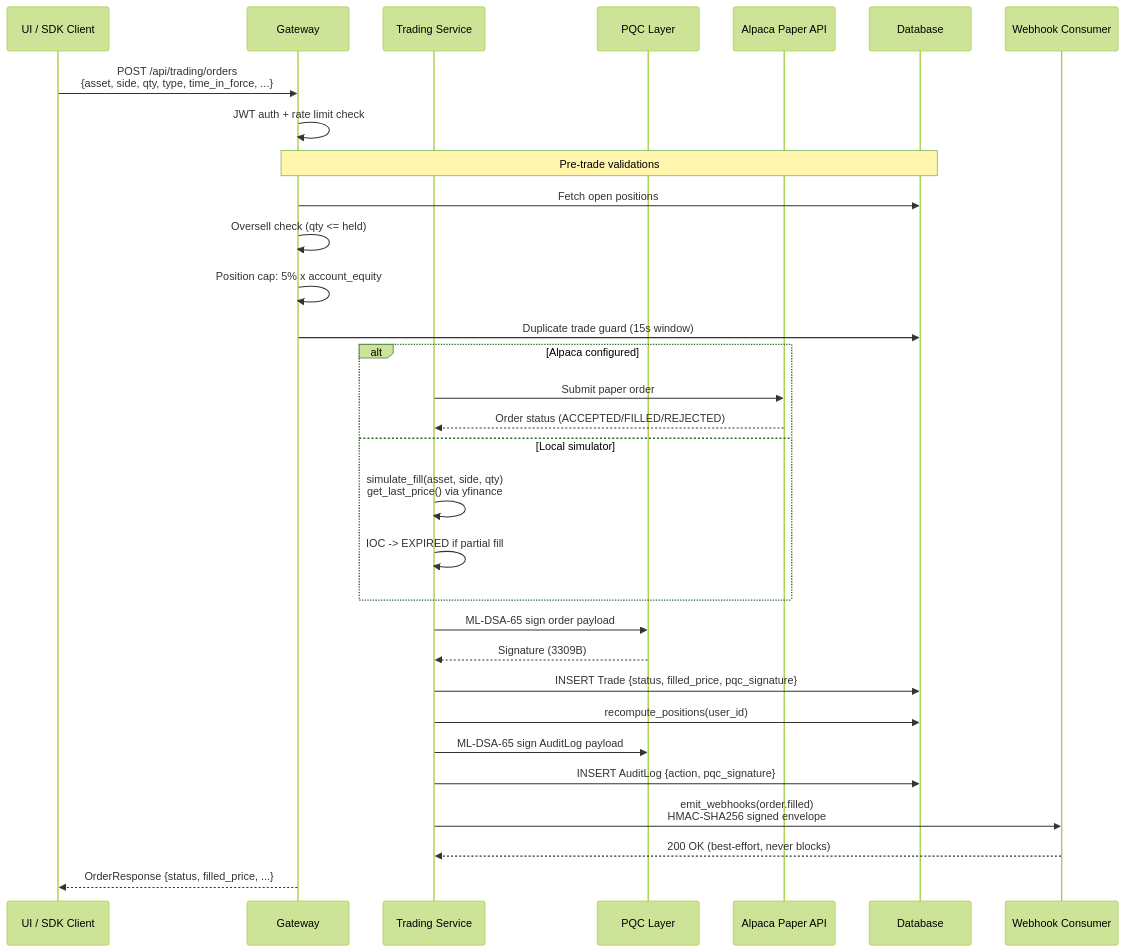
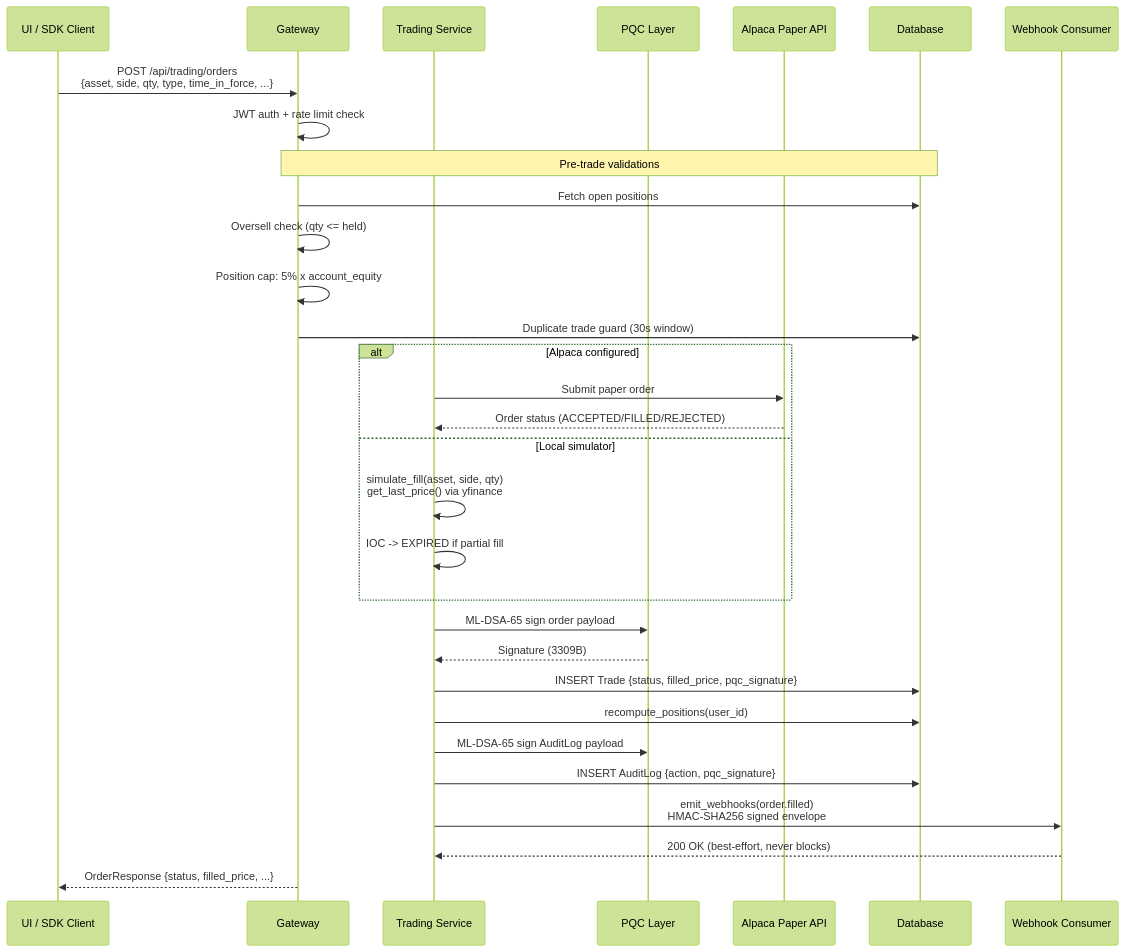
Before and after one commit to BugHunterX2101/quantumsentinel-web: the third of 6 diagrams in README.md, drawn with Mermaid (forest theme). The commit also changed other lines of this file and 3 other files, not shown here.

````diff
--- a/README.md
+++ b/README.md
@@ -173,40 +177,40 @@
 ```mermaid
 sequenceDiagram
     participant UI as UI / SDK Client
     participant GW as Gateway
     participant TS as Trading Service
     participant PQC as PQC Layer
     participant ALP as Alpaca Paper API
     participant DB as Database
     participant WH as Webhook Consumer
 
     UI->>GW: POST /api/trading/orders<br/>{asset, side, qty, type, time_in_force, ...}
     GW->>GW: JWT auth + rate limit check
 
     Note over GW,DB: Pre-trade validations
     GW->>DB: Fetch open positions
     GW->>GW: Oversell check (qty <= held)
     GW->>GW: Position cap: 5% x account_equity
-    GW->>DB: Duplicate trade guard (15s window)
+    GW->>DB: Duplicate trade guard (30s window)
 
     alt Alpaca configured
         TS->>ALP: Submit paper order
         ALP-->>TS: Order status (ACCEPTED/FILLED/REJECTED)
     else Local simulator
         TS->>TS: simulate_fill(asset, side, qty)<br/>get_last_price() via yfinance
         TS->>TS: IOC -> EXPIRED if partial fill
     end
 
     TS->>PQC: ML-DSA-65 sign order payload
     PQC-->>TS: Signature (3309B)
 
     TS->>DB: INSERT Trade {status, filled_price, pqc_signature}
     TS->>DB: recompute_positions(user_id)
     TS->>PQC: ML-DSA-65 sign AuditLog payload
     TS->>DB: INSERT AuditLog {action, pqc_signature}
 
     TS->>WH: emit_webhooks(order.filled)<br/>HMAC-SHA256 signed envelope
     WH-->>TS: 200 OK (best-effort, never blocks)
 
     GW-->>UI: OrderResponse {status, filled_price, ...}
 ```
````
